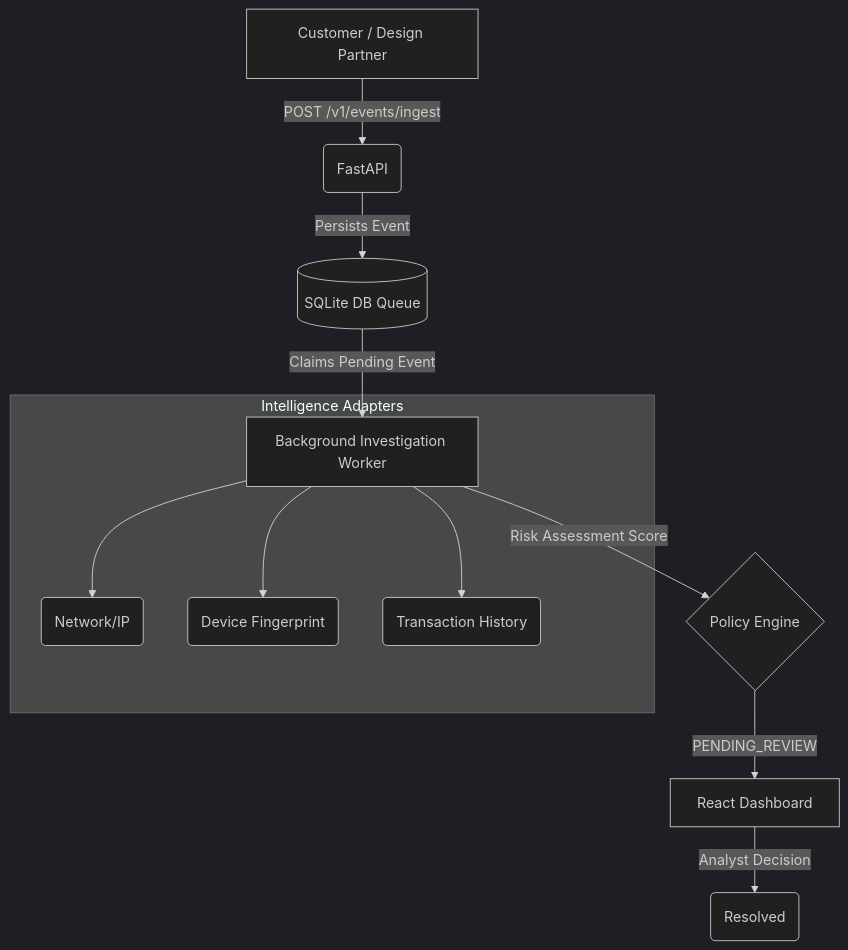
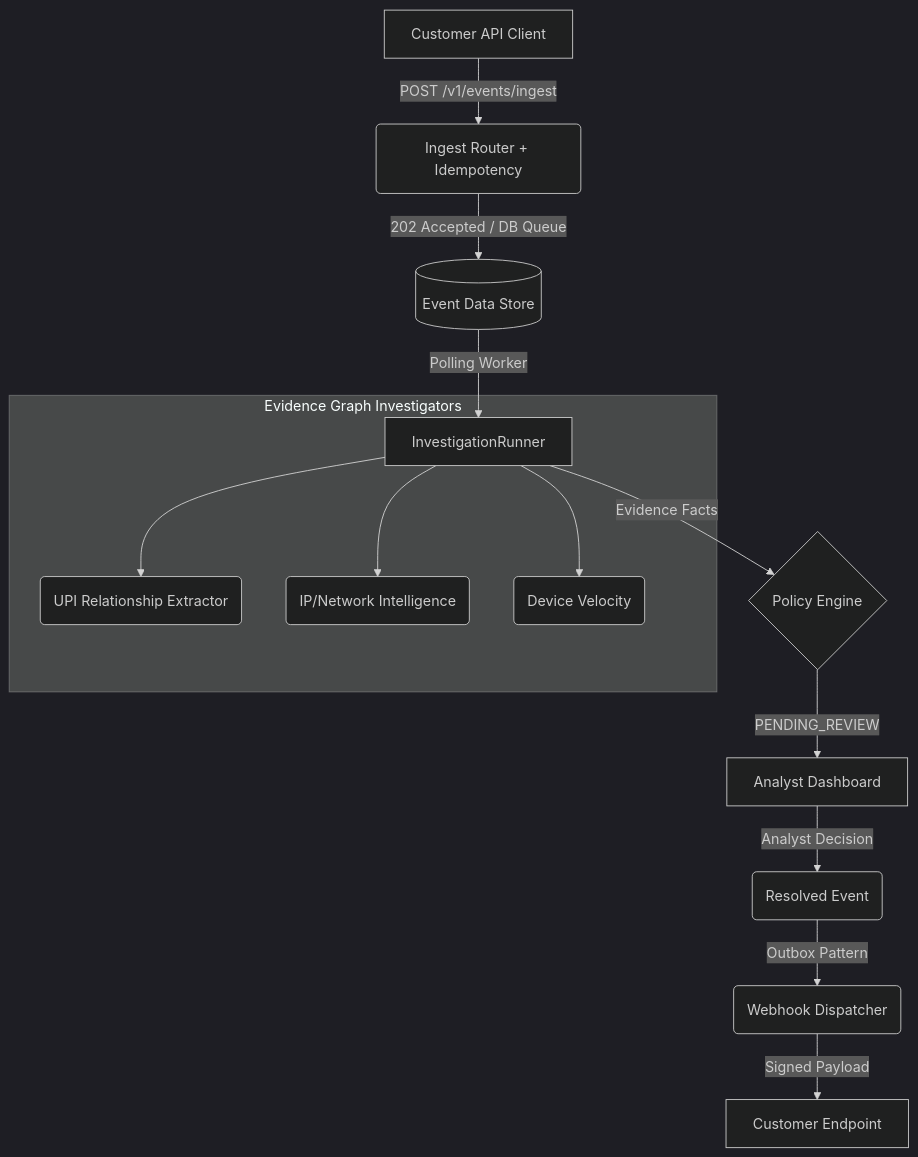
One commit to Sk4saurav/RiskPilot_AI changed the diagram in README.md. Above: the diagram before and after it, drawn with Mermaid (dark theme). The commit also changed other lines of this file and 45 other files, not shown here.

````diff
--- a/README.md
+++ b/README.md
@@ -31,16 +36,18 @@
 ```mermaid
 graph TD
-    A[Customer / Design Partner] -->|POST /v1/events/ingest| B(FastAPI)
-    B -->|Persists Event| C[(SQLite DB Queue)]
-    C -->|Claims Pending Event| D[Background Investigation Worker]
+    A[Customer API Client] -->|POST /v1/events/ingest| B(Ingest Router + Idempotency)
+    B -->|202 Accepted / DB Queue| C[(Event Data Store)]
+    C -->|Polling Worker| D[InvestigationRunner]
     
-    subgraph Intelligence Adapters
-    D --> E(Network/IP)
-    D --> F(Device Fingerprint)
-    D --> G(Transaction History)
+    subgraph Evidence Graph Investigators
+    D --> E(UPI Relationship Extractor)
+    D --> F(IP/Network Intelligence)
+    D --> G(Device Velocity)
     end
     
-    D -->|Risk Assessment Score| H{Policy Engine}
-    H -->|PENDING_REVIEW| I[React Dashboard]
-    I -->|Analyst Decision| J(Resolved)
+    D -->|Evidence Facts| H{Policy Engine}
+    H -->|PENDING_REVIEW| I[Analyst Dashboard]
+    I -->|Analyst Decision| J(Resolved Event)
+    J -->|Outbox Pattern| K(Webhook Dispatcher)
+    K -->|Signed Payload| L[Customer Endpoint]
 ```
````
